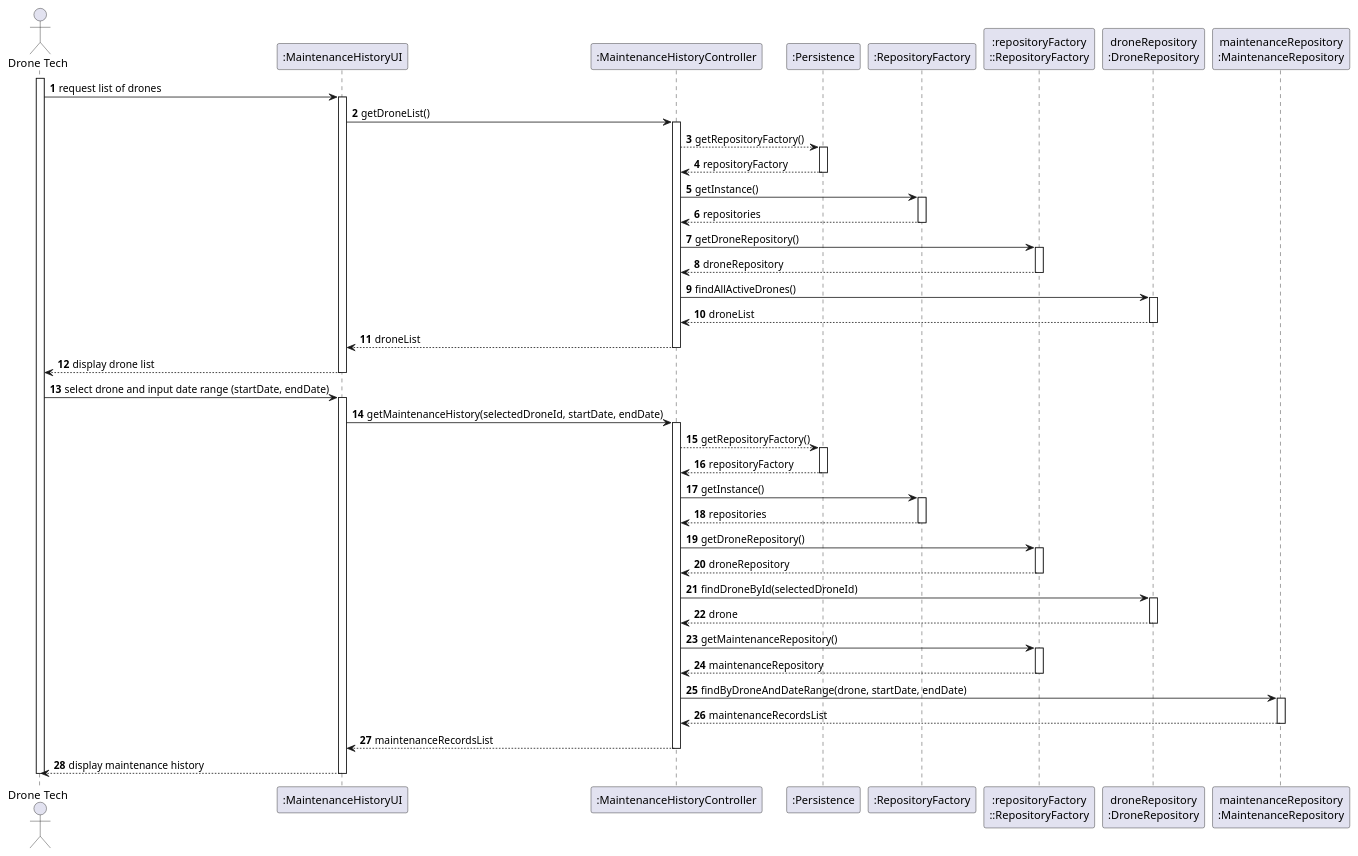
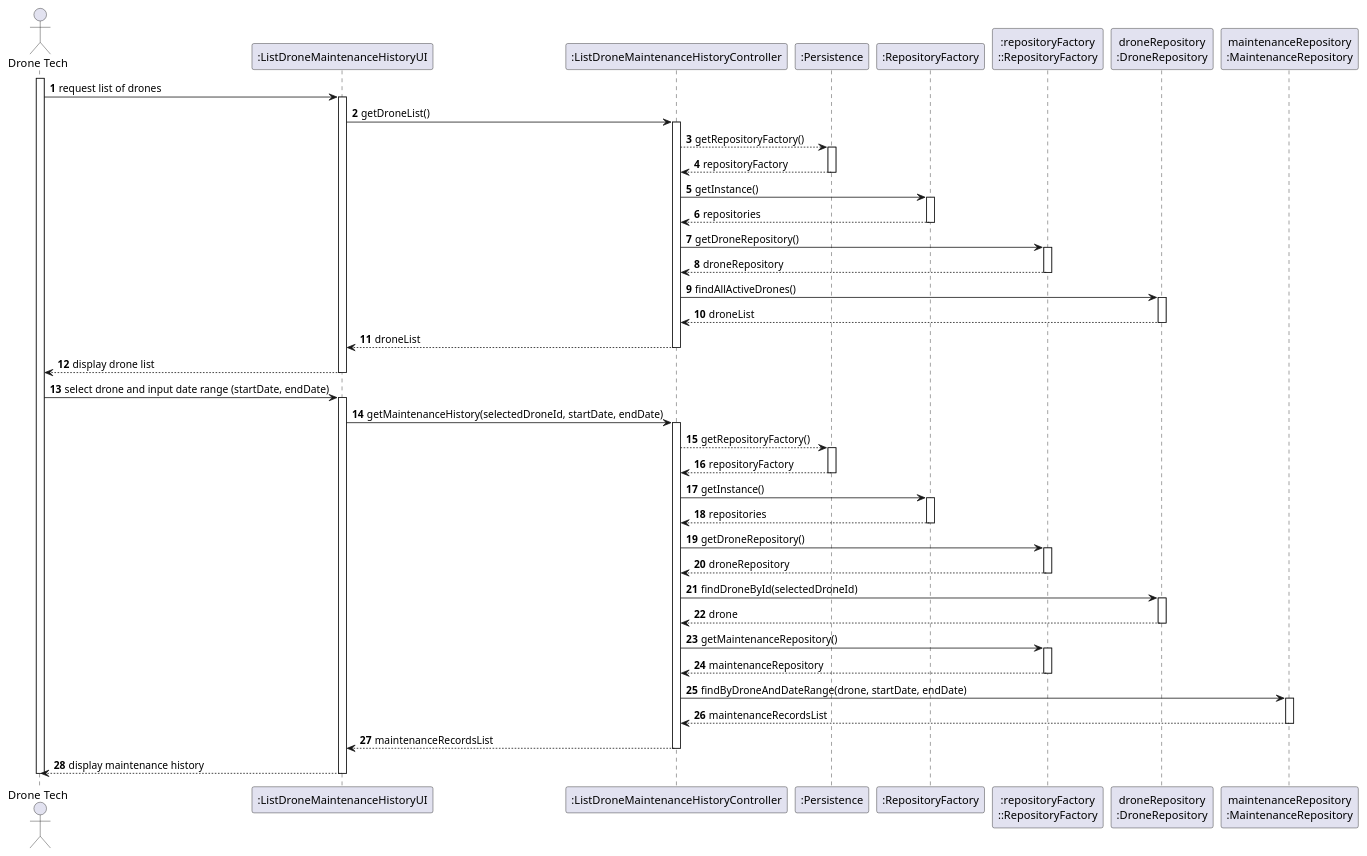
The diagram in docs/SPRINT_3/US325/puml/sequence_diagram_325.puml (diogoveirospro/sem4pi-2024-2025-sem4pi_2024_2025_g44), drawn with PlantUML before and after one commit. The commit also changed 6 other files, not shown here.

Commit message:
Done User story 325, done botstrap for showing data in the user story, done changes in sequence diagram

```diff
--- a/docs/SPRINT_3/US325/puml/sequence_diagram_325.puml
+++ b/docs/SPRINT_3/US325/puml/sequence_diagram_325.puml
@@ -1,92 +1,92 @@
 @startuml
 skinparam packageStyle rectangle
 skinparam shadowing false
 
 autonumber
 
 actor "Drone Tech" as DT
-participant ":MaintenanceHistoryUI" as UI
-participant ":MaintenanceHistoryController" as CTRL
+participant ":ListDroneMaintenanceHistoryUI" as UI
+participant ":ListDroneMaintenanceHistoryController" as CTRL
 participant ":Persistence" as PERS
 participant ":RepositoryFactory" as REPOS
 participant ":repositoryFactory\n::RepositoryFactory" as REPOS_SINGLETON
 participant "droneRepository\n:DroneRepository" as DRONE_REPO
 participant "maintenanceRepository\n:MaintenanceRepository" as MAINT_REPO
 
 activate DT
 
-' Primeiro, usuário solicita lista de drones para escolher
+' Solicita lista de drones
 DT -> UI : request list of drones
 activate UI
   UI -> CTRL : getDroneList()
   activate CTRL
 
   CTRL --> PERS : getRepositoryFactory()
   activate PERS
   PERS --> CTRL : repositoryFactory
   deactivate PERS
 
   CTRL -> REPOS : getInstance()
   activate REPOS
   REPOS --> CTRL : repositories
   deactivate REPOS
 
   CTRL -> REPOS_SINGLETON : getDroneRepository()
   activate REPOS_SINGLETON
   REPOS_SINGLETON --> CTRL : droneRepository
   deactivate REPOS_SINGLETON
 
   CTRL -> DRONE_REPO : findAllActiveDrones()
   activate DRONE_REPO
   DRONE_REPO --> CTRL : droneList
   deactivate DRONE_REPO
 
   CTRL --> UI : droneList
   deactivate CTRL
 
 UI --> DT : display drone list
 deactivate UI
 
-' Usuário escolhe o drone e insere o intervalo de datas
+' Seleção de drone e datas
 DT -> UI : select drone and input date range (startDate, endDate)
 activate UI
   UI -> CTRL : getMaintenanceHistory(selectedDroneId, startDate, endDate)
   activate CTRL
 
   CTRL --> PERS : getRepositoryFactory()
   activate PERS
   PERS --> CTRL : repositoryFactory
   deactivate PERS
 
   CTRL -> REPOS : getInstance()
   activate REPOS
   REPOS --> CTRL : repositories
   deactivate REPOS
 
   CTRL -> REPOS_SINGLETON : getDroneRepository()
   activate REPOS_SINGLETON
   REPOS_SINGLETON --> CTRL : droneRepository
   deactivate REPOS_SINGLETON
 
   CTRL -> DRONE_REPO : findDroneById(selectedDroneId)
   activate DRONE_REPO
   DRONE_REPO --> CTRL : drone
   deactivate DRONE_REPO
 
   CTRL -> REPOS_SINGLETON : getMaintenanceRepository()
   activate REPOS_SINGLETON
   REPOS_SINGLETON --> CTRL : maintenanceRepository
   deactivate REPOS_SINGLETON
 
   CTRL -> MAINT_REPO : findByDroneAndDateRange(drone, startDate, endDate)
   activate MAINT_REPO
   MAINT_REPO --> CTRL : maintenanceRecordsList
   deactivate MAINT_REPO
 
   CTRL --> UI : maintenanceRecordsList
   deactivate CTRL
 
 UI --> DT : display maintenance history
 deactivate UI
 deactivate DT
 @enduml
```
